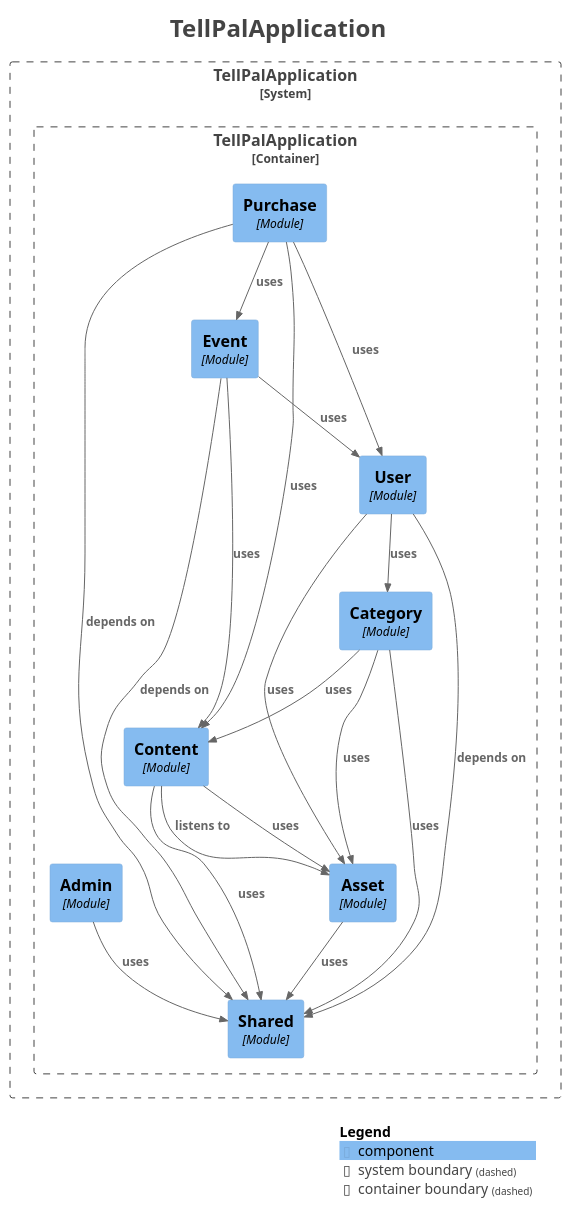
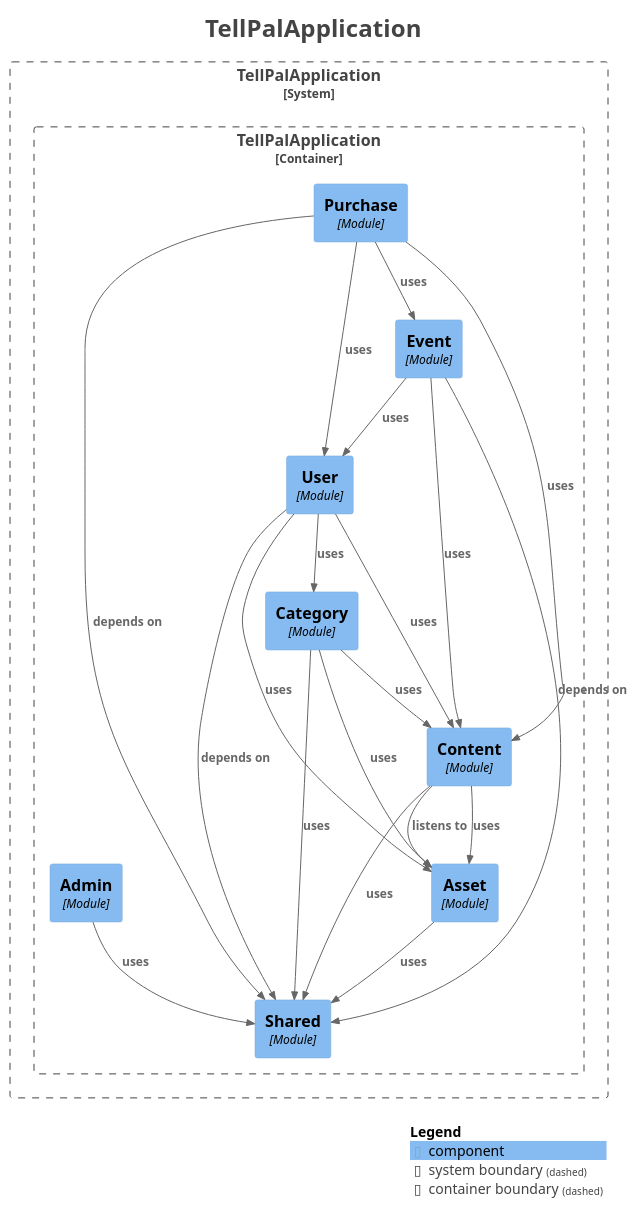
Before and after one commit to gurhann/tellpalv2: the diagram in be/docs/modulith/components.puml, drawn with PlantUML. The commit also changed 62 other files, not shown here.

```diff
--- a/be/docs/modulith/components.puml
+++ b/be/docs/modulith/components.puml
@@ -1,53 +1,54 @@
 @startuml
 title <size:24>TellPalApplication</size>
 
 set separator none
 top to bottom direction
 
 <style>
   root {
     BackgroundColor: #ffffff
     FontColor: #444444
   }
 </style>
 
 !include <C4/C4>
 !include <C4/C4_Context>
 !include <C4/C4_Component>
 
 System_Boundary("TellPalApplication_boundary", "TellPalApplication", $tags="") {
   Container_Boundary("TellPalApplication.TellPalApplication_boundary", "TellPalApplication", $tags="") {
     Component(TellPalApplication.TellPalApplication.Purchase, "Purchase", $techn="Module", $descr="", $tags="", $link="")
     Component(TellPalApplication.TellPalApplication.Shared, "Shared", $techn="Module", $descr="", $tags="", $link="")
     Component(TellPalApplication.TellPalApplication.Admin, "Admin", $techn="Module", $descr="", $tags="", $link="")
     Component(TellPalApplication.TellPalApplication.Asset, "Asset", $techn="Module", $descr="", $tags="", $link="")
     Component(TellPalApplication.TellPalApplication.Content, "Content", $techn="Module", $descr="", $tags="", $link="")
     Component(TellPalApplication.TellPalApplication.Category, "Category", $techn="Module", $descr="", $tags="", $link="")
     Component(TellPalApplication.TellPalApplication.User, "User", $techn="Module", $descr="", $tags="", $link="")
     Component(TellPalApplication.TellPalApplication.Event, "Event", $techn="Module", $descr="", $tags="", $link="")
   }
 
 }
 
-Rel(TellPalApplication.TellPalApplication.Event, TellPalApplication.TellPalApplication.Shared, "depends on", $techn="", $tags="", $link="")
-Rel(TellPalApplication.TellPalApplication.Event, TellPalApplication.TellPalApplication.Content, "uses", $techn="", $tags="", $link="")
-Rel(TellPalApplication.TellPalApplication.Event, TellPalApplication.TellPalApplication.User, "uses", $techn="", $tags="", $link="")
+Rel(TellPalApplication.TellPalApplication.Category, TellPalApplication.TellPalApplication.Content, "uses", $techn="", $tags="", $link="")
+Rel(TellPalApplication.TellPalApplication.Category, TellPalApplication.TellPalApplication.Asset, "uses", $techn="", $tags="", $link="")
+Rel(TellPalApplication.TellPalApplication.Category, TellPalApplication.TellPalApplication.Shared, "uses", $techn="", $tags="", $link="")
 Rel(TellPalApplication.TellPalApplication.Content, TellPalApplication.TellPalApplication.Asset, "listens to", $techn="", $tags="", $link="")
 Rel(TellPalApplication.TellPalApplication.Content, TellPalApplication.TellPalApplication.Asset, "uses", $techn="", $tags="", $link="")
 Rel(TellPalApplication.TellPalApplication.Content, TellPalApplication.TellPalApplication.Shared, "uses", $techn="", $tags="", $link="")
-Rel(TellPalApplication.TellPalApplication.Asset, TellPalApplication.TellPalApplication.Shared, "uses", $techn="", $tags="", $link="")
 Rel(TellPalApplication.TellPalApplication.Purchase, TellPalApplication.TellPalApplication.Shared, "depends on", $techn="", $tags="", $link="")
 Rel(TellPalApplication.TellPalApplication.Purchase, TellPalApplication.TellPalApplication.Event, "uses", $techn="", $tags="", $link="")
 Rel(TellPalApplication.TellPalApplication.Purchase, TellPalApplication.TellPalApplication.User, "uses", $techn="", $tags="", $link="")
 Rel(TellPalApplication.TellPalApplication.Purchase, TellPalApplication.TellPalApplication.Content, "uses", $techn="", $tags="", $link="")
-Rel(TellPalApplication.TellPalApplication.Category, TellPalApplication.TellPalApplication.Content, "uses", $techn="", $tags="", $link="")
-Rel(TellPalApplication.TellPalApplication.Category, TellPalApplication.TellPalApplication.Asset, "uses", $techn="", $tags="", $link="")
-Rel(TellPalApplication.TellPalApplication.Category, TellPalApplication.TellPalApplication.Shared, "uses", $techn="", $tags="", $link="")
+Rel(TellPalApplication.TellPalApplication.Event, TellPalApplication.TellPalApplication.Shared, "depends on", $techn="", $tags="", $link="")
+Rel(TellPalApplication.TellPalApplication.Event, TellPalApplication.TellPalApplication.Content, "uses", $techn="", $tags="", $link="")
+Rel(TellPalApplication.TellPalApplication.Event, TellPalApplication.TellPalApplication.User, "uses", $techn="", $tags="", $link="")
 Rel(TellPalApplication.TellPalApplication.Admin, TellPalApplication.TellPalApplication.Shared, "uses", $techn="", $tags="", $link="")
+Rel(TellPalApplication.TellPalApplication.Asset, TellPalApplication.TellPalApplication.Shared, "uses", $techn="", $tags="", $link="")
 Rel(TellPalApplication.TellPalApplication.User, TellPalApplication.TellPalApplication.Shared, "depends on", $techn="", $tags="", $link="")
 Rel(TellPalApplication.TellPalApplication.User, TellPalApplication.TellPalApplication.Category, "uses", $techn="", $tags="", $link="")
+Rel(TellPalApplication.TellPalApplication.User, TellPalApplication.TellPalApplication.Content, "uses", $techn="", $tags="", $link="")
 Rel(TellPalApplication.TellPalApplication.User, TellPalApplication.TellPalApplication.Asset, "uses", $techn="", $tags="", $link="")
 
 SHOW_LEGEND(true)
 hide stereotypes
 @enduml
```
